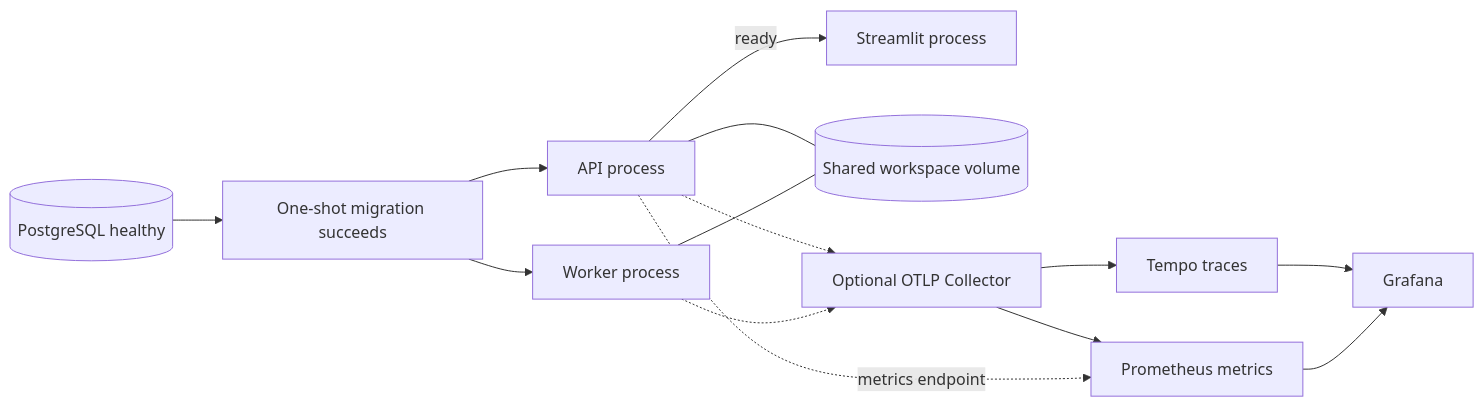
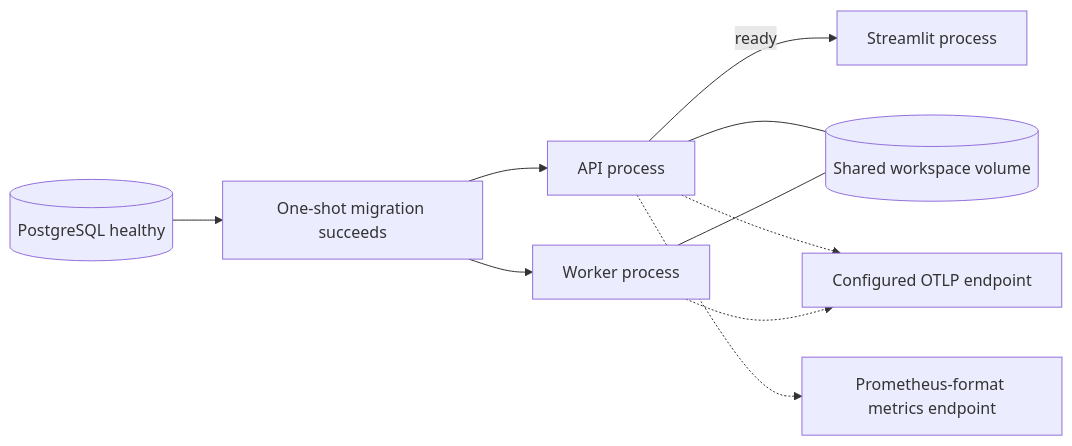
Before and after one commit to GoWUT/agentic-rag-studio: the fourth of 4 diagrams in docs/ARCHITECTURE.md, drawn with Mermaid. The commit also changed other lines of this file and 79 other files, not shown here.

````diff
--- a/docs/ARCHITECTURE.md
+++ b/docs/ARCHITECTURE.md
@@ -135,16 +133,12 @@
 ```mermaid
 flowchart LR
     PG[(PostgreSQL healthy)] --> Migration[One-shot migration succeeds]
     Migration --> API[API process]
     Migration --> Worker[Worker process]
     API -->|ready| UI[Streamlit process]
     API --- Volume[(Shared workspace volume)]
     Worker --- Volume
-    API -.-> Collector[Optional OTLP Collector]
-    Worker -.-> Collector
-    Collector --> Tempo[Tempo traces]
-    Collector --> Prometheus[Prometheus metrics]
-    API -.->|metrics endpoint| Prometheus
-    Tempo --> Grafana[Grafana]
-    Prometheus --> Grafana
+    API -.-> OTel[Configured OTLP endpoint]
+    Worker -.-> OTel
+    API -.-> Metrics[Prometheus-format metrics endpoint]
 ```
````
